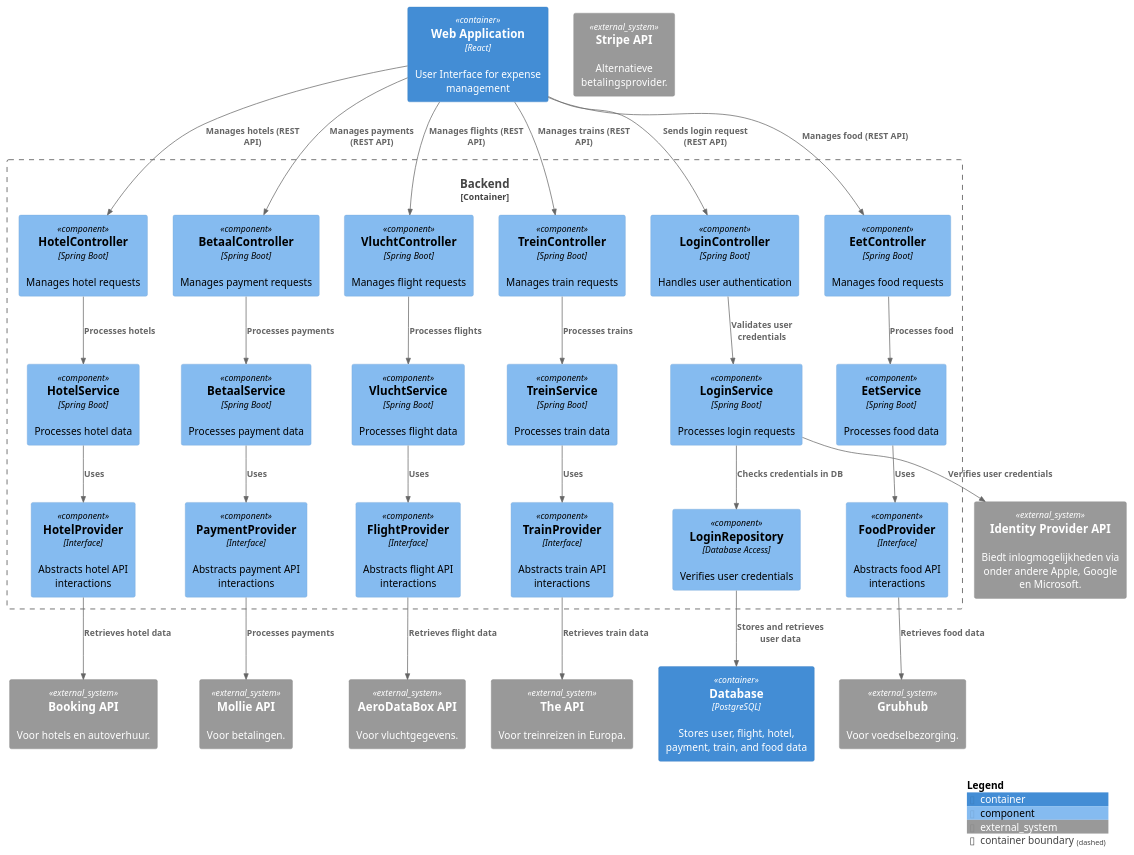
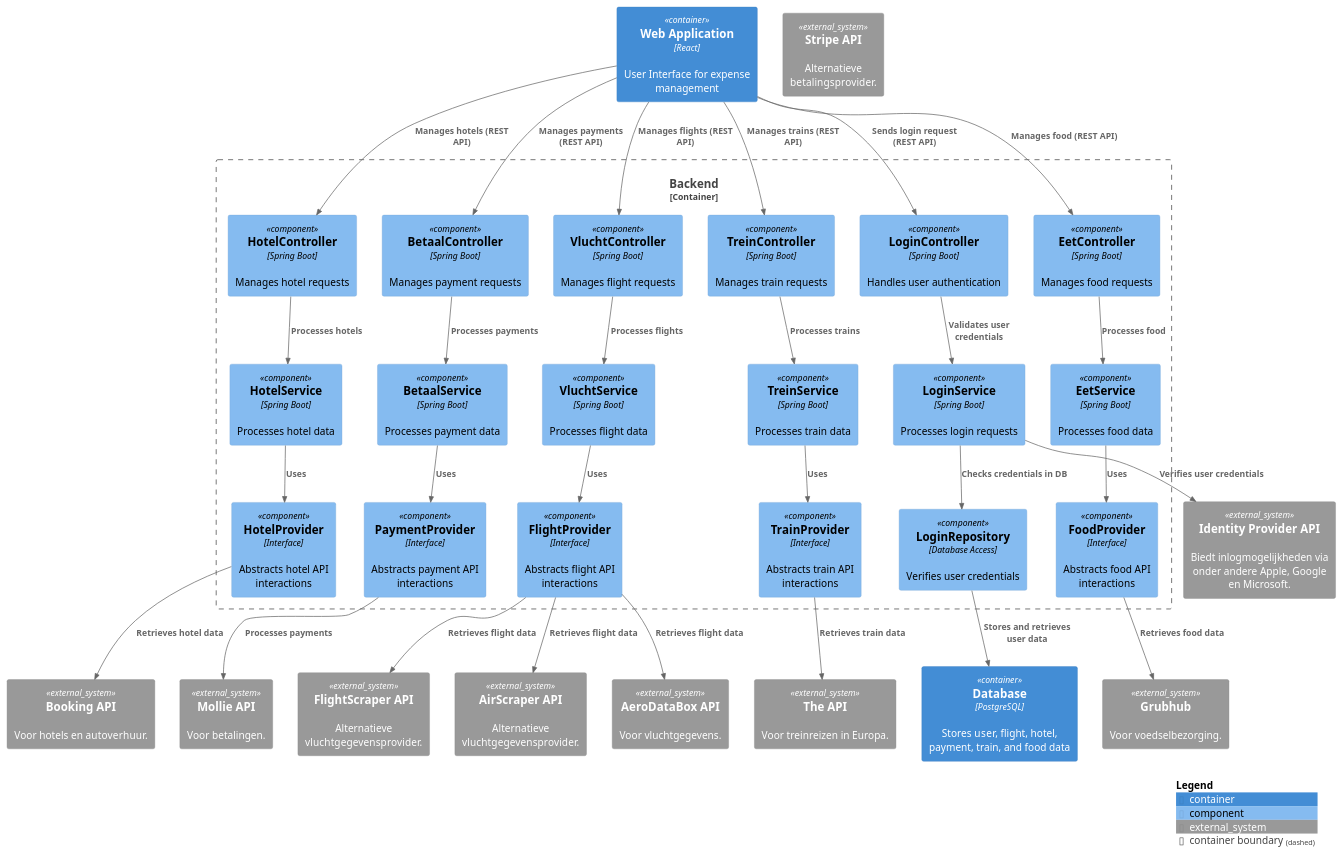
The diagram in componentDiagramQuestion.puml (AIM-ENE-feb25/triptop-groep-b2), drawn with PlantUML before and after one commit. The commit also changed 2 other files, not shown here.

Commit message:
Updated component diagrams

```diff
--- a/componentDiagramQuestion.puml
+++ b/componentDiagramQuestion.puml
@@ -1,78 +1,82 @@
 @startuml
 !include https://raw.githubusercontent.com/plantuml-stdlib/C4-PlantUML/master/C4_Component.puml
 
 top to bottom direction
 
 Container(WebApp, "Web Application", "React", "User Interface for expense management")
 
 Container_Boundary(Backend, "Backend") {
     Component(login_controller, "LoginController", "Spring Boot", "Handles user authentication")
     Component(login_service, "LoginService", "Spring Boot", "Processes login requests")
     Component(login_repository, "LoginRepository", "Database Access", "Verifies user credentials")
 
     Component(hotel_controller, "HotelController", "Spring Boot", "Manages hotel requests")
     Component(hotel_service, "HotelService", "Spring Boot", "Processes hotel data")
     Component(hotel_provider, "HotelProvider", "Interface", "Abstracts hotel API interactions")
 
     Component(betaal_controller, "BetaalController", "Spring Boot", "Manages payment requests")
     Component(betaal_service, "BetaalService", "Spring Boot", "Processes payment data")
     Component(payment_provider, "PaymentProvider", "Interface", "Abstracts payment API interactions")
 
     Component(vlucht_controller, "VluchtController", "Spring Boot", "Manages flight requests")
     Component(vlucht_service, "VluchtService", "Spring Boot", "Processes flight data")
     Component(flight_provider, "FlightProvider", "Interface", "Abstracts flight API interactions")
 
     Component(trein_controller, "TreinController", "Spring Boot", "Manages train requests")
     Component(trein_service, "TreinService", "Spring Boot", "Processes train data")
     Component(train_provider, "TrainProvider", "Interface", "Abstracts train API interactions")
 
     Component(eet_controller, "EetController", "Spring Boot", "Manages food requests")
     Component(eet_service, "EetService", "Spring Boot", "Processes food data")
     Component(food_provider, "FoodProvider", "Interface", "Abstracts food API interactions")
 }
 
 Container(Database, "Database", "PostgreSQL", "Stores user, flight, hotel, payment, train, and food data")
 
 System_Ext(identity_provider_api, "Identity Provider API", "Biedt inlogmogelijkheden via onder andere Apple, Google en Microsoft.")
 System_Ext(demand_api, "Booking API", "Voor hotels en autoverhuur.")
 System_Ext(mollie_api, "Mollie API", "Voor betalingen.")
 System_Ext(stripe_api, "Stripe API", "Alternatieve betalingsprovider.")
 System_Ext(all_aboard_api, "The API", "Voor treinreizen in Europa.")
 System_Ext(flight_api, "AeroDataBox API", "Voor vluchtgegevens.")
+System_Ext(flight_api_2, "FlightScraper API", "Alternatieve vluchtgegevensprovider.")
+System_Ext(flight_api_3, "AirScraper API", "Alternatieve vluchtgegevensprovider.")
 System_Ext(grubhub_api, "Grubhub", "Voor voedselbezorging.")
 
 Rel(WebApp, login_controller, "Sends login request (REST API)")
 Rel(WebApp, vlucht_controller, "Manages flights (REST API)")
 Rel(WebApp, hotel_controller, "Manages hotels (REST API)")
 Rel(WebApp, betaal_controller, "Manages payments (REST API)")
 Rel(WebApp, trein_controller, "Manages trains (REST API)")
 Rel(WebApp, eet_controller, "Manages food (REST API)")
 
 Rel(login_controller, login_service, "Validates user credentials")
 Rel(vlucht_controller, vlucht_service, "Processes flights")
 Rel(hotel_controller, hotel_service, "Processes hotels")
 Rel(betaal_controller, betaal_service, "Processes payments")
 Rel(trein_controller, trein_service, "Processes trains")
 Rel(eet_controller, eet_service, "Processes food")
 
 Rel(login_service, login_repository, "Checks credentials in DB")
 Rel(login_repository, Database, "Stores and retrieves user data")
 Rel(login_service, identity_provider_api, "Verifies user credentials")
 
 Rel(vlucht_service, flight_provider, "Uses")
 Rel(flight_provider, flight_api, "Retrieves flight data")
+Rel(flight_provider, flight_api_2, "Retrieves flight data")
+Rel(flight_provider, flight_api_3, "Retrieves flight data")
 
 Rel(hotel_service, hotel_provider, "Uses")
 Rel(hotel_provider, demand_api, "Retrieves hotel data")
 
 Rel(betaal_service, payment_provider, "Uses")
 Rel(payment_provider, mollie_api, "Processes payments")
 
 Rel(trein_service, train_provider, "Uses")
 Rel(train_provider, all_aboard_api, "Retrieves train data")
 
 Rel(eet_service, food_provider, "Uses")
 Rel(food_provider, grubhub_api, "Retrieves food data")
 
 SHOW_LEGEND(TRUE)
 @enduml
```
